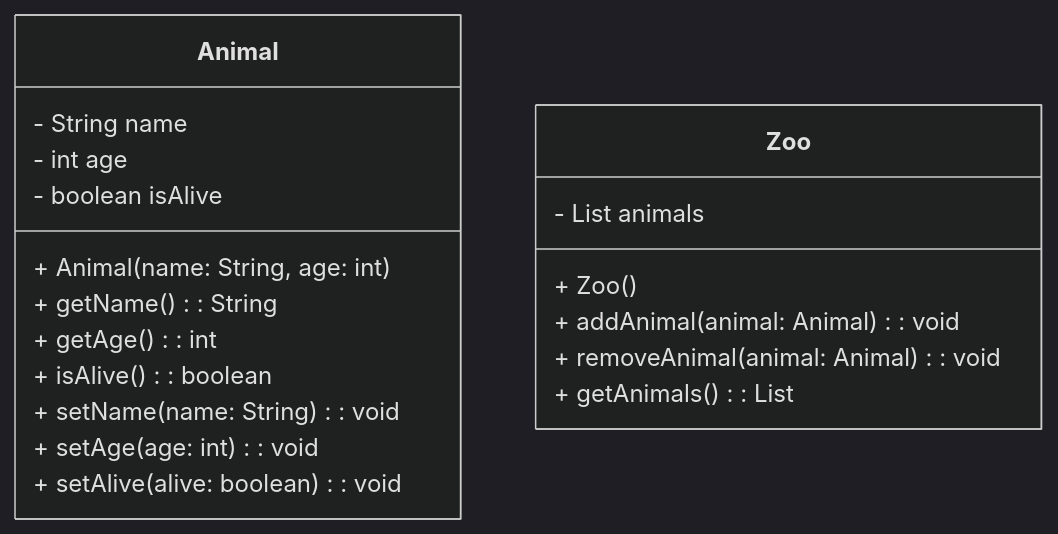
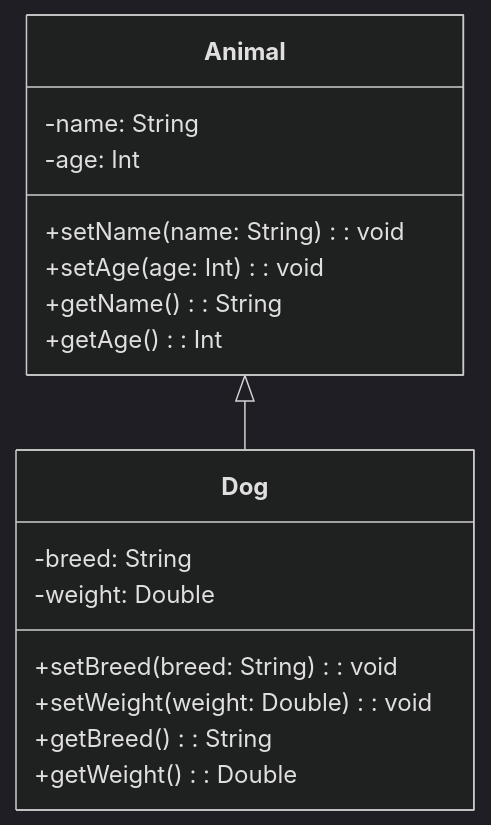
Before and after one commit to sofka-practices/principios: the diagram in docs/base/encapsulation.md, drawn with Mermaid (dark theme). The commit also changed other lines of this file and 15 other files, not shown here.

````diff
--- a/docs/base/encapsulation.md
+++ b/docs/base/encapsulation.md
@@ -97,25 +97,23 @@
 ``` mermaid
 classDiagram
+    class Animal {
+        -name: String
+        -age: Int
+        +setName(name: String): void
+        +setAge(age: Int): void
+        +getName(): String
+        +getAge(): Int
+    }
 
-class Animal {
-  - String name
-  - int age
-  - boolean isAlive
-  + Animal(name: String, age: int)
-  + getName(): String
-  + getAge(): int
-  + isAlive(): boolean
-  + setName(name: String): void
-  + setAge(age: int): void
-  + setAlive(alive: boolean): void
-}
+    class Dog {
+        -breed: String
+        -weight: Double
+        +setBreed(breed: String): void
+        +setWeight(weight: Double): void
+        +getBreed(): String
+        +getWeight(): Double
+    }
 
-class Zoo {
-  - List<Animal> animals
-  + Zoo()
-  + addAnimal(animal: Animal): void
-  + removeAnimal(animal: Animal): void
-  + getAnimals(): List<Animal>
-}
+    Animal <|-- Dog
 
 ```
````
